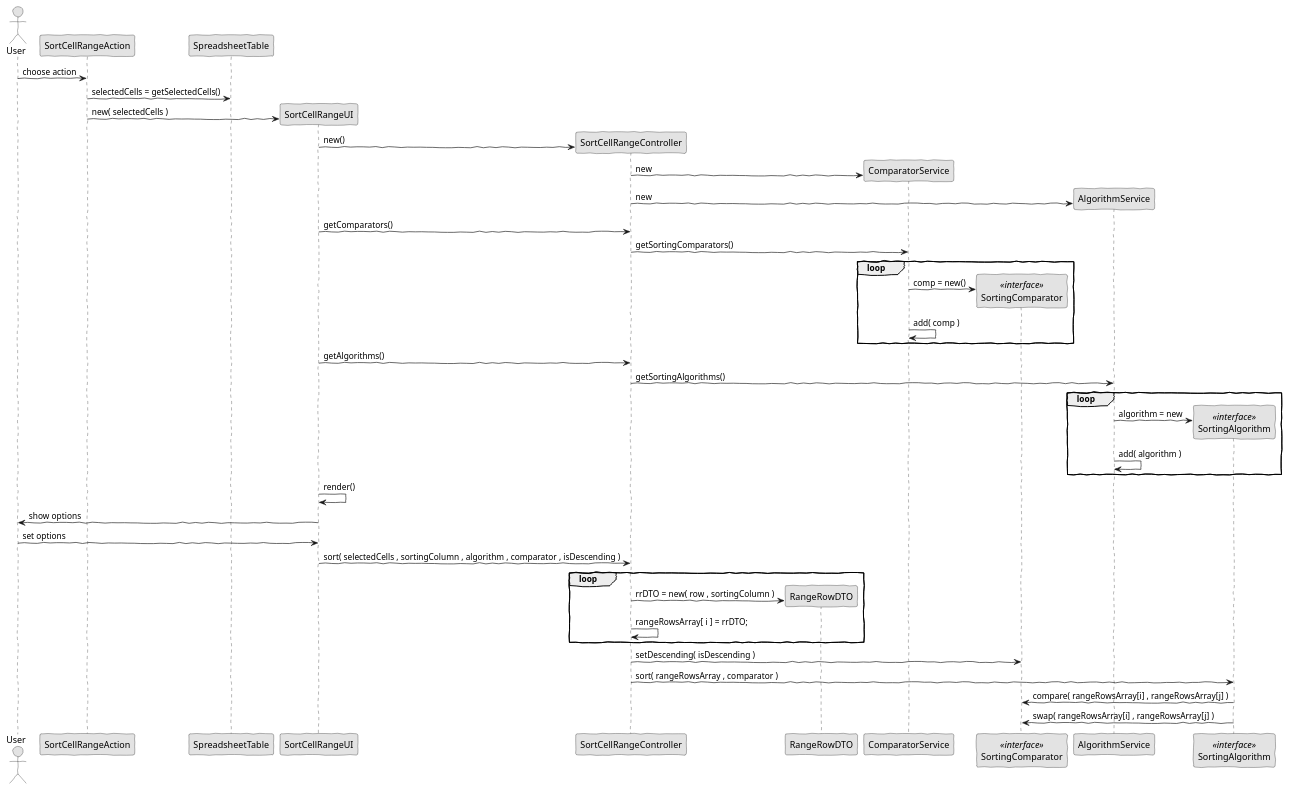
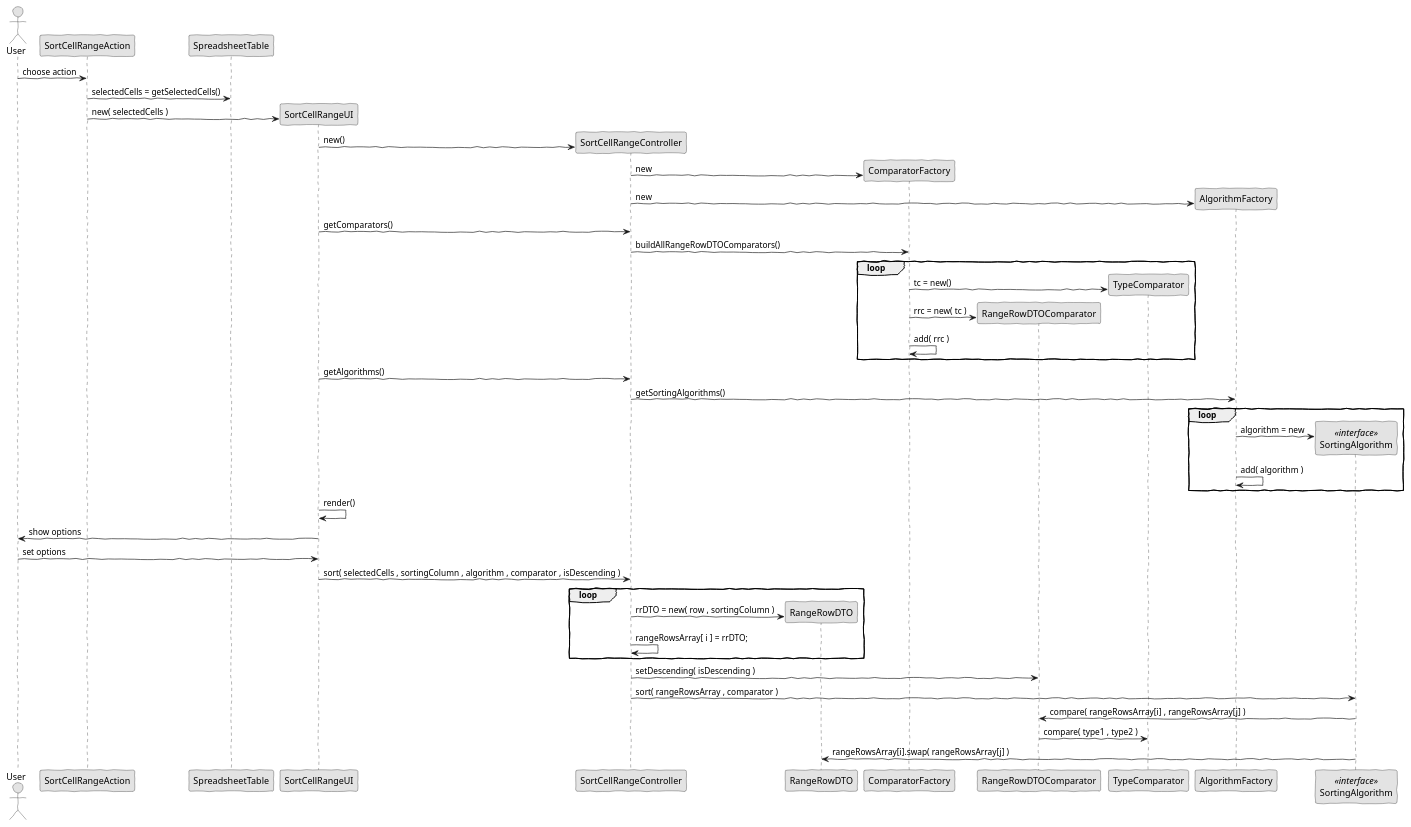
Before and after one commit to MikeTekOn/lapr4-2017-2dd: the diagram in src/main/java/lapr4/green/s2/core/n1150532/sort/core_03_2_design_1.puml, drawn with PlantUML. The commit also changed 1 other file, not shown here.

Commit message:
LAPR4E17DD-186 #time 6h 41m #done #comment I've been rethinking the desing. The merge sort is not viable and I've replaced it with bubble sort. I've explained the comparator system a better. I've written about the factory and strategy pattern being used. I've written the solution to the value parse issue.

```diff
--- a/src/main/java/lapr4/green/s2/core/n1150532/sort/core_03_2_design_1.puml
+++ b/src/main/java/lapr4/green/s2/core/n1150532/sort/core_03_2_design_1.puml
@@ -1,58 +1,62 @@
 @startuml
 
 skinparam handwritten true
 skinparam monochrome true
 skinparam packageStyle rect
 skinparam defaultFontName FG Virgil
 skinparam shadowing false
 
 actor "User"
 participant "SortCellRangeAction"
 participant "SpreadsheetTable"
 participant "SortCellRangeUI"
 participant "SortCellRangeController"
 participant "RangeRowDTO"
-participant "ComparatorService"
-participant "SortingComparator" << interface >>
-participant "AlgorithmService"
+participant "ComparatorFactory"
+participant "RangeRowDTOComparator"
+participant "TypeComparator"
+participant "AlgorithmFactory"
 participant "SortingAlgorithm" << interface >>
 
 User -> SortCellRangeAction : choose action
 SortCellRangeAction -> SpreadsheetTable : selectedCells = getSelectedCells()
 create SortCellRangeUI
 SortCellRangeAction -> SortCellRangeUI : new( selectedCells )
 create SortCellRangeController
 SortCellRangeUI -> SortCellRangeController : new()
-create ComparatorService
-SortCellRangeController -> ComparatorService : new
-create AlgorithmService
-SortCellRangeController -> AlgorithmService : new
+create ComparatorFactory
+SortCellRangeController -> ComparatorFactory : new
+create AlgorithmFactory
+SortCellRangeController -> AlgorithmFactory : new
 SortCellRangeUI -> SortCellRangeController : getComparators()
-SortCellRangeController -> ComparatorService : getSortingComparators()
+SortCellRangeController -> ComparatorFactory : buildAllRangeRowDTOComparators()
 loop
-create SortingComparator
-ComparatorService -> SortingComparator : comp = new()
-ComparatorService -> ComparatorService : add( comp )
+create TypeComparator
+ComparatorFactory -> TypeComparator : tc = new()
+create RangeRowDTOComparator
+ComparatorFactory -> RangeRowDTOComparator : rrc = new( tc )
+ComparatorFactory -> ComparatorFactory : add( rrc )
 end loop
 SortCellRangeUI -> SortCellRangeController : getAlgorithms()
-SortCellRangeController -> AlgorithmService : getSortingAlgorithms()
+SortCellRangeController -> AlgorithmFactory : getSortingAlgorithms()
 loop
 create SortingAlgorithm
-AlgorithmService -> SortingAlgorithm : algorithm = new
-AlgorithmService -> AlgorithmService : add( algorithm )
+AlgorithmFactory -> SortingAlgorithm : algorithm = new
+AlgorithmFactory -> AlgorithmFactory : add( algorithm )
 end loop
 SortCellRangeUI -> SortCellRangeUI : render()
 SortCellRangeUI -> User : show options
 User -> SortCellRangeUI : set options
 SortCellRangeUI -> SortCellRangeController : sort( selectedCells , sortingColumn , algorithm , comparator , isDescending )
 loop
 create RangeRowDTO
 SortCellRangeController -> RangeRowDTO : rrDTO = new( row , sortingColumn )
 SortCellRangeController -> SortCellRangeController : rangeRowsArray[ i ] = rrDTO;
 end loop
-SortCellRangeController -> SortingComparator : setDescending( isDescending )
+SortCellRangeController -> RangeRowDTOComparator : setDescending( isDescending )
 SortCellRangeController -> SortingAlgorithm : sort( rangeRowsArray , comparator )
-SortingAlgorithm -> SortingComparator : compare( rangeRowsArray[i] , rangeRowsArray[j] )
-SortingAlgorithm -> SortingComparator : swap( rangeRowsArray[i] , rangeRowsArray[j] )
+SortingAlgorithm -> RangeRowDTOComparator : compare( rangeRowsArray[i] , rangeRowsArray[j] )
+RangeRowDTOComparator -> TypeComparator : compare( type1 , type2 )
+SortingAlgorithm -> RangeRowDTO : rangeRowsArray[i].swap( rangeRowsArray[j] )
 
 @enduml
```
